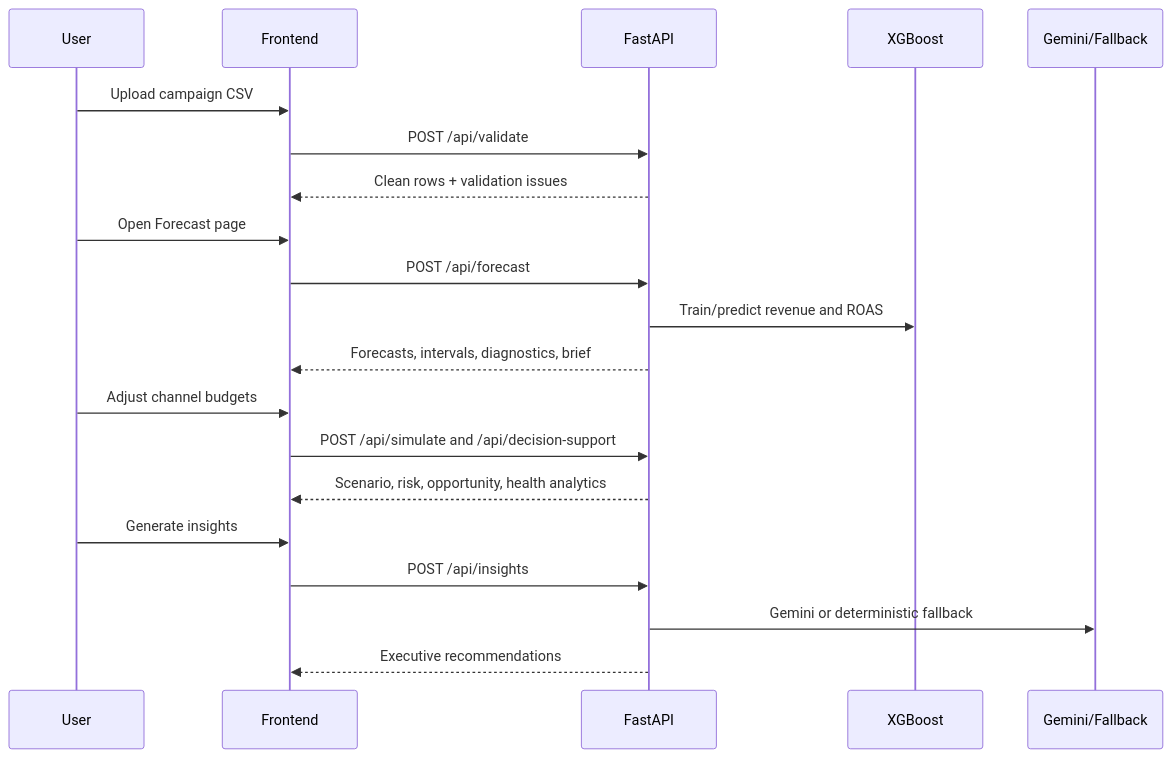
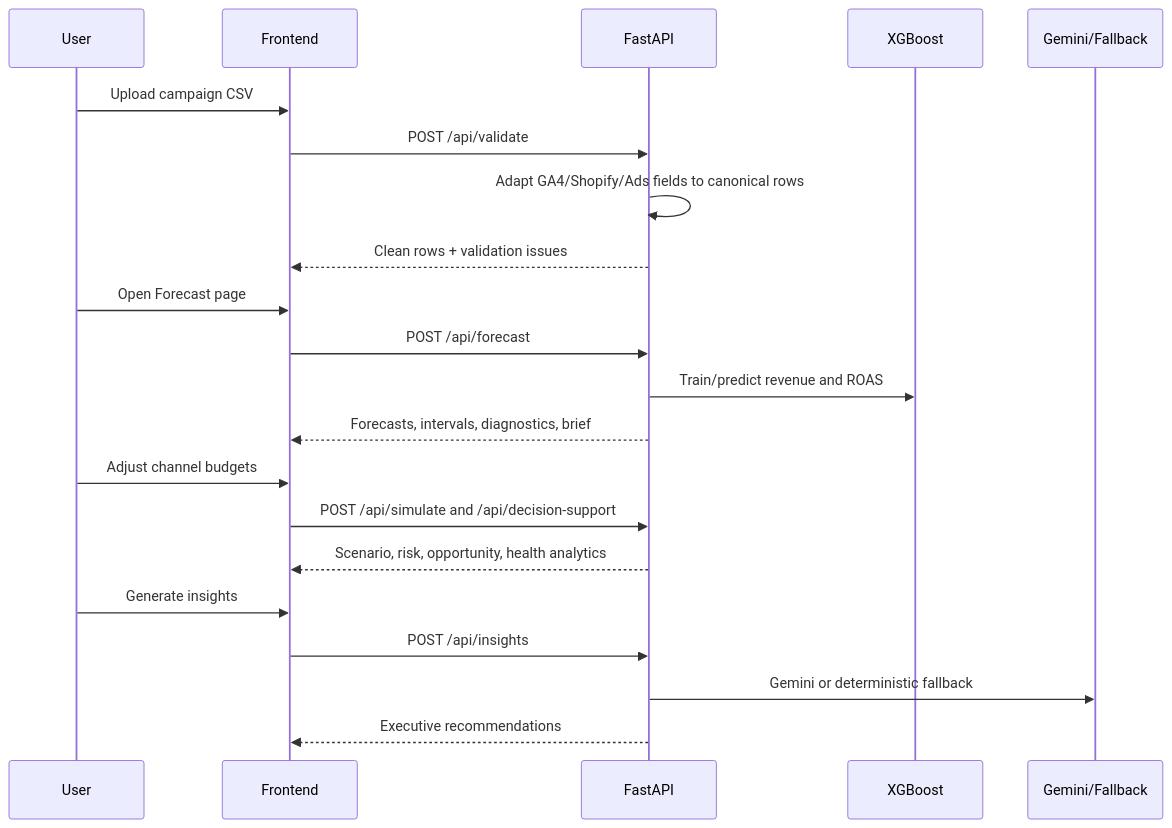
The second of 2 diagrams in ARCHITECTURE.md (VINAY-KUMAR-PY/ignite-forecast-iq), drawn with Mermaid before and after one commit. The commit also changed other lines of this file and 12 other files, not shown here.

````diff
--- a/ARCHITECTURE.md
+++ b/ARCHITECTURE.md
@@ -51,23 +54,24 @@
 ```mermaid
 sequenceDiagram
   participant U as User
   participant F as Frontend
   participant A as FastAPI
   participant M as XGBoost
   participant G as Gemini/Fallback
 
   U->>F: Upload campaign CSV
   F->>A: POST /api/validate
+  A->>A: Adapt GA4/Shopify/Ads fields to canonical rows
   A-->>F: Clean rows + validation issues
   U->>F: Open Forecast page
   F->>A: POST /api/forecast
   A->>M: Train/predict revenue and ROAS
   A-->>F: Forecasts, intervals, diagnostics, brief
   U->>F: Adjust channel budgets
   F->>A: POST /api/simulate and /api/decision-support
   A-->>F: Scenario, risk, opportunity, health analytics
   U->>F: Generate insights
   F->>A: POST /api/insights
   A->>G: Gemini or deterministic fallback
   A-->>F: Executive recommendations
 ```
````
